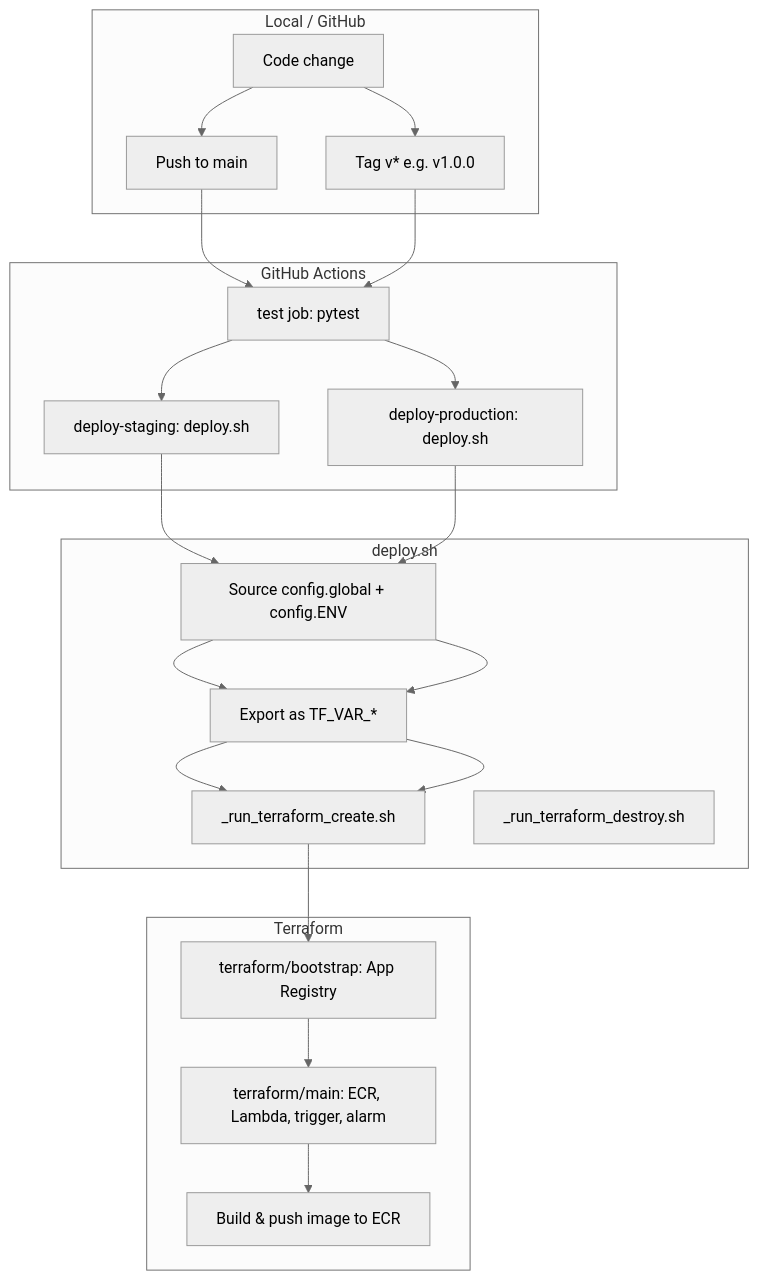
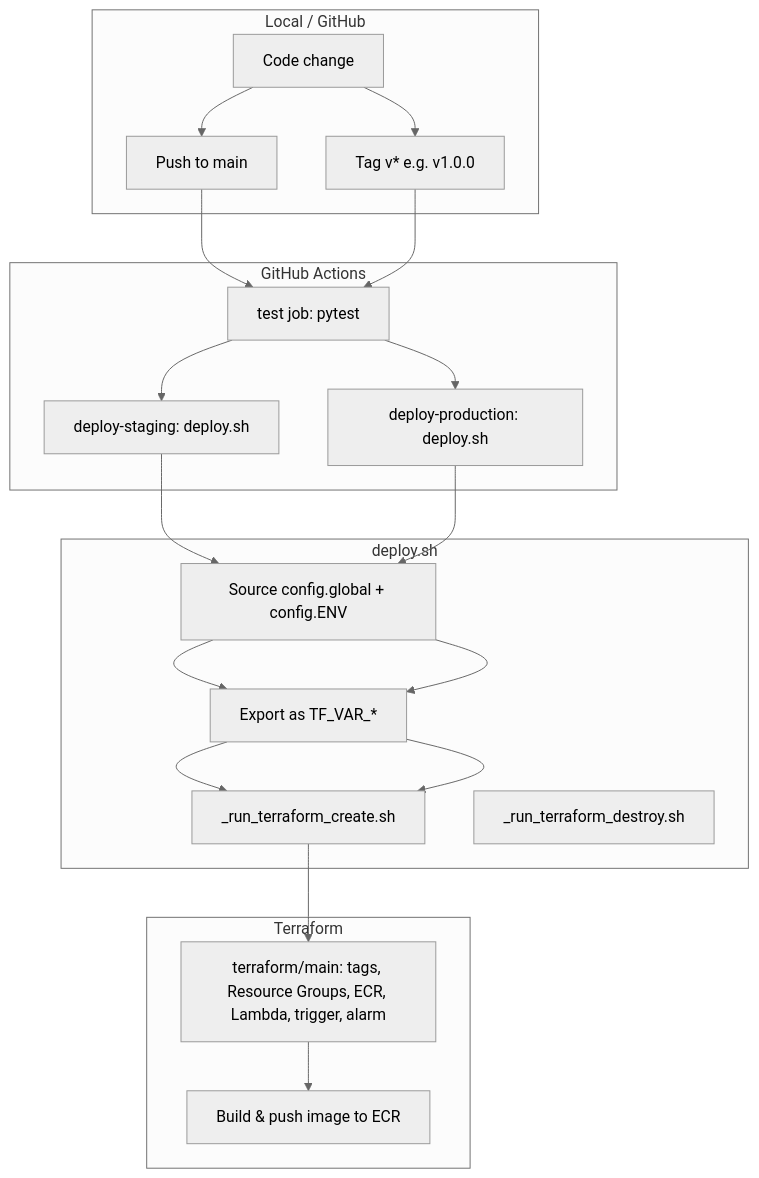
The second of 5 diagrams in ARCHITECTURE.md (NRD-Tech/nrdtech-python-aws-lambda), drawn with Mermaid (neutral theme) before and after one commit. The commit also changed other lines of this file and 13 other files, not shown here.

First line of the commit message:
Replace AppRegistry bootstrap with Resource Groups and cost tags.

````diff
--- a/ARCHITECTURE.md
+++ b/ARCHITECTURE.md
@@ -36,35 +36,34 @@
 ```mermaid
 flowchart TB
   subgraph local["Local / GitHub"]
     CODE[Code change]
     PUSH_MAIN[Push to main]
     TAG[Tag v* e.g. v1.0.0]
   end
 
   subgraph gh["GitHub Actions"]
     TEST[test job: pytest]
     DEPLOY_STAGING[deploy-staging: deploy.sh]
     DEPLOY_PROD[deploy-production: deploy.sh]
   end
 
   subgraph deploy_script["deploy.sh"]
     SOURCE[Source config.global + config.ENV]
     EXPORT[Export as TF_VAR_*]
     TF_CREATE[_run_terraform_create.sh]
     TF_DESTROY[_run_terraform_destroy.sh]
   end
 
   subgraph tf["Terraform"]
-    BOOT[terraform/bootstrap: App Registry]
-    MAIN[terraform/main: ECR, Lambda, trigger, alarm]
+    MAIN[terraform/main: tags, Resource Groups, ECR, Lambda, trigger, alarm]
     DOCKER[Build & push image to ECR]
   end
 
   CODE --> PUSH_MAIN
   CODE --> TAG
   PUSH_MAIN --> TEST --> DEPLOY_STAGING
   TAG --> TEST --> DEPLOY_PROD
   DEPLOY_STAGING --> SOURCE --> EXPORT --> TF_CREATE
   DEPLOY_PROD --> SOURCE --> EXPORT --> TF_CREATE
-  TF_CREATE --> BOOT --> MAIN --> DOCKER
+  TF_CREATE --> MAIN --> DOCKER
 ```
````
